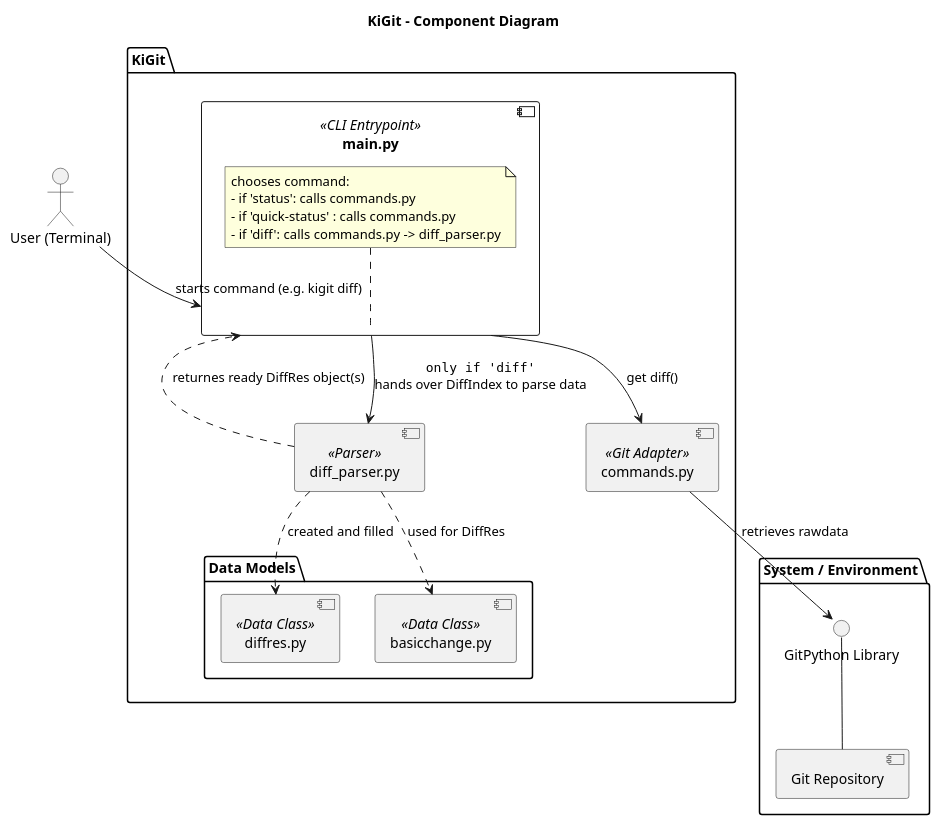
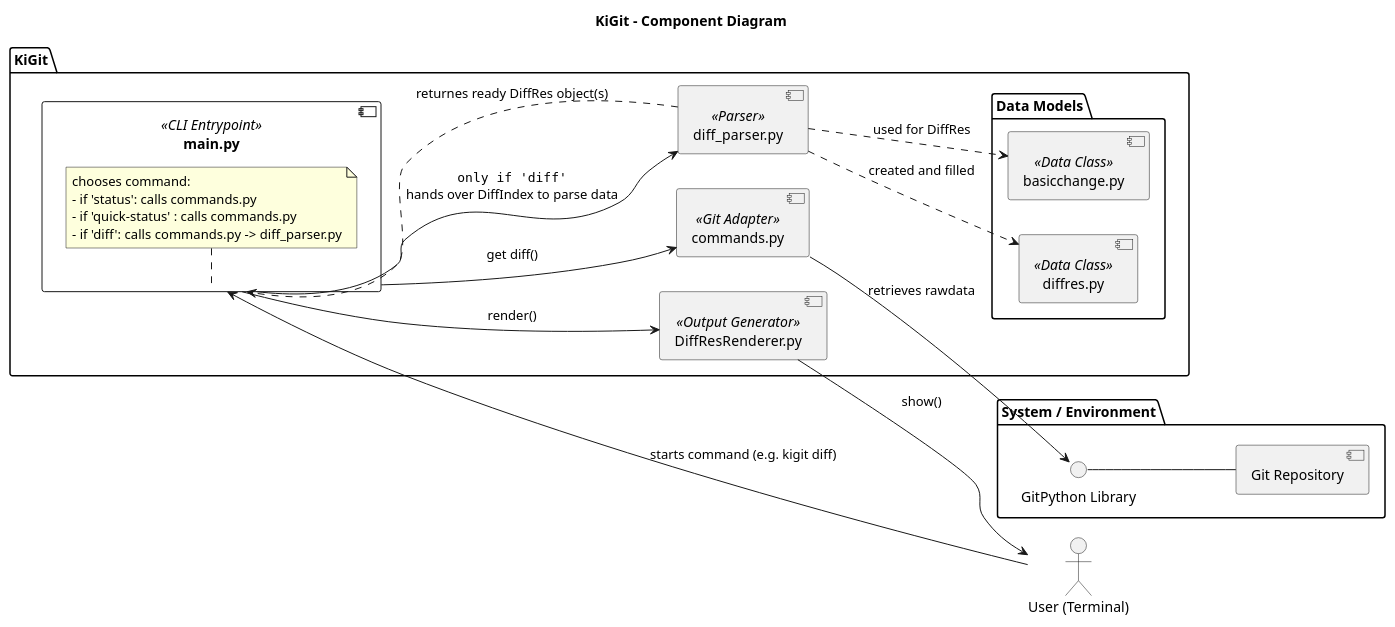
The diagram in KiGit/graphs/component_diagram.puml (Ddragon1000/KiGit-AutoIntern-Team-Projektkopie-), drawn with PlantUML before and after one commit.

Commit message:
added diffredrenderer in comp diagr

```diff
--- a/KiGit/graphs/component_diagram.puml
+++ b/KiGit/graphs/component_diagram.puml
@@ -1,44 +1,49 @@
 @startuml "Component Diagram KiGit"
 title KiGit - Component Diagram
 
-'left to right direction
+left to right direction
 
 actor "User (Terminal)" as user
 
 package "KiGit" {
 	component [main.py] as main <<CLI Entrypoint>> {
 		note top of main
 			chooses command:
 			- if 'status': calls commands.py
 			- if 'quick-status' : calls commands.py
 			- if 'diff': calls commands.py -> diff_parser.py
 		end note
 	}
 	component [commands.py] as commands <<Git Adapter>>
 	component [diff_parser.py] as parser <<Parser>>
 
 	package "Data Models" {
 		component [diffres.py] as diffres <<Data Class>>
 		component [basicchange.py] as basicchange <<Data Class>>
 	}
-}
+
+	component [DiffResRenderer.py] as renderer <<Output Generator>>
+	}
 
 package "System / Environment" {
 	[Git Repository] as gitrepo
 	() "GitPython Library" as gitpy
 }
 
 user --> main : starts command (e.g. kigit diff)
 
 main --> commands : get diff()
 commands --> gitpy : retrieves rawdata
 gitpy -- gitrepo
 
 main --> parser : ""only if 'diff'""\nhands over DiffIndex to parse data
 
 parser ..> diffres : created and filled
 parser ..> basicchange : used for DiffRes
 
 parser ..> main : returnes ready DiffRes object(s)
 
+main --> renderer : render()
+renderer --> user : show()
+
 @enduml
```
